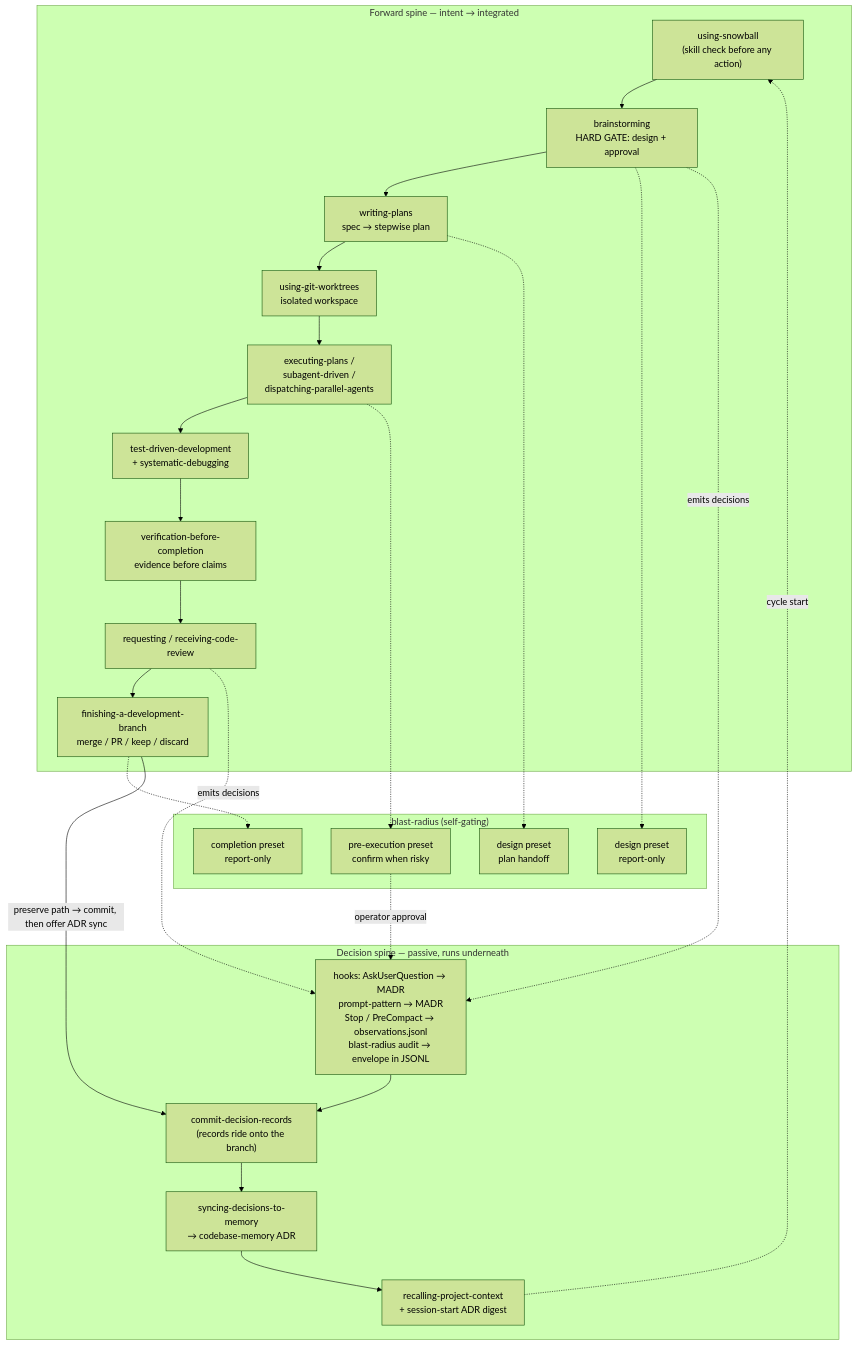
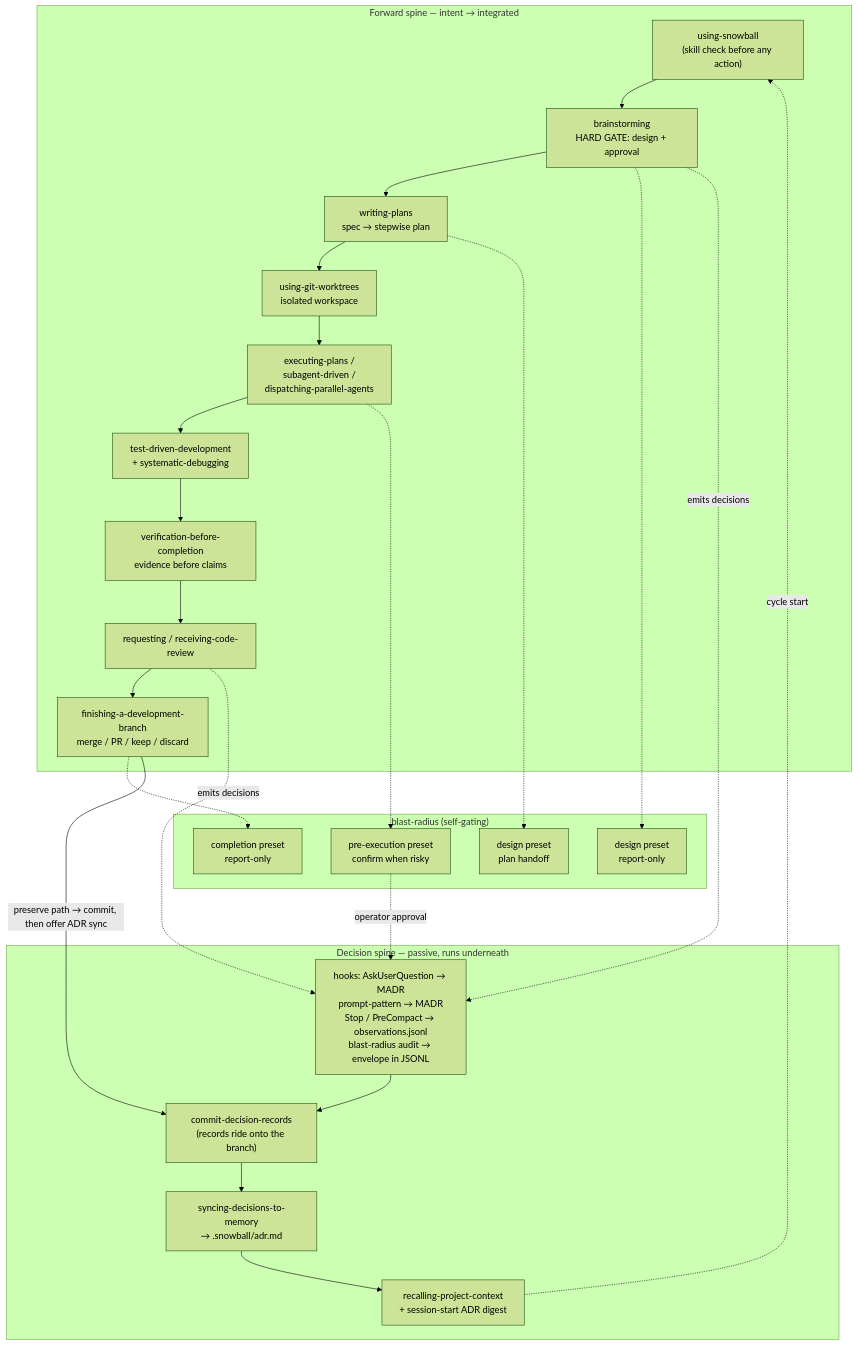
Before and after one commit to kellenff/snowball: the diagram in docs/design/snowball-process.md, drawn with Mermaid (forest theme). The commit also changed other lines of this file and 44 other files, not shown here.

First line of the commit message:
Replace codebase-memory with yactt HTTP MCP and a local ADR.

````diff
--- a/docs/design/snowball-process.md
+++ b/docs/design/snowball-process.md
@@ -30,39 +30,39 @@
 ```mermaid
 flowchart TD
     subgraph FWD["Forward spine — intent → integrated"]
         A["using-snowball<br/>(skill check before any action)"] --> B["brainstorming<br/>HARD GATE: design + approval"]
         B --> C["writing-plans<br/>spec → stepwise plan"]
         C --> D["using-git-worktrees<br/>isolated workspace"]
         D --> E["executing-plans /<br/>subagent-driven /<br/>dispatching-parallel-agents"]
         E --> F["test-driven-development<br/>+ systematic-debugging"]
         F --> G["verification-before-completion<br/>evidence before claims"]
         G --> H["requesting / receiving-code-review"]
         H --> I["finishing-a-development-branch<br/>merge / PR / keep / discard"]
     end
 
     subgraph BR["blast-radius (self-gating)"]
         BR1["design preset<br/>report-only"]
         BR2["design preset<br/>plan handoff"]
         BR3["pre-execution preset<br/>confirm when risky"]
         BR4["completion preset<br/>report-only"]
     end
 
     subgraph DEC["Decision spine — passive, runs underneath"]
         H1["hooks: AskUserQuestion → MADR<br/>prompt-pattern → MADR<br/>Stop / PreCompact → observations.jsonl<br/>blast-radius audit → envelope in JSONL"]
         H2["commit-decision-records<br/>(records ride onto the branch)"]
-        H3["syncing-decisions-to-memory<br/>→ codebase-memory ADR"]
+        H3["syncing-decisions-to-memory<br/>→ .snowball/adr.md"]
         H4["recalling-project-context<br/>+ session-start ADR digest"]
         H1 --> H2 --> H3 --> H4
     end
 
     B -.-> BR1
     C -.-> BR2
     E -.-> BR3
     I -.-> BR4
     BR3 -.->|operator approval| H1
 
     B -.emits decisions.-> H1
     H -.emits decisions.-> H1
     I -->|"preserve path → commit, then offer ADR sync"| H2
     H4 -.->|cycle start| A
 ```
````
